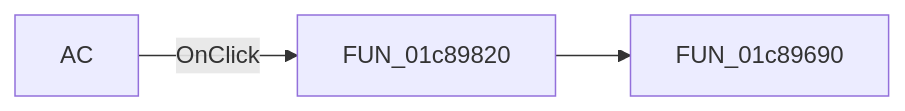
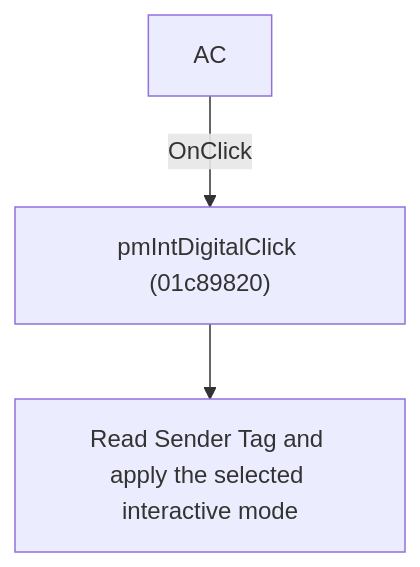
Before and after one commit to MovGP0/TIARA: the diagram in docs/ui-controls/schematiceditor/mnintac-28b86273c4.md, drawn with Mermaid. The commit also changed other lines of this file and 1062 other files, not shown here.

````diff
--- a/docs/ui-controls/schematiceditor/mnintac-28b86273c4.md
+++ b/docs/ui-controls/schematiceditor/mnintac-28b86273c4.md
@@ -27,5 +27,5 @@
 ```mermaid
-flowchart LR
-    control["AC"] -->|OnClick| handler["FUN_01c89820"]
-    handler --> call1["FUN_01c89690"]
+flowchart TD
+    control["AC"] -->|"OnClick"| handler["pmIntDigitalClick (01c89820)"]
+    handler --> action["Read Sender Tag and apply the selected interactive mode"]
 ```
````
